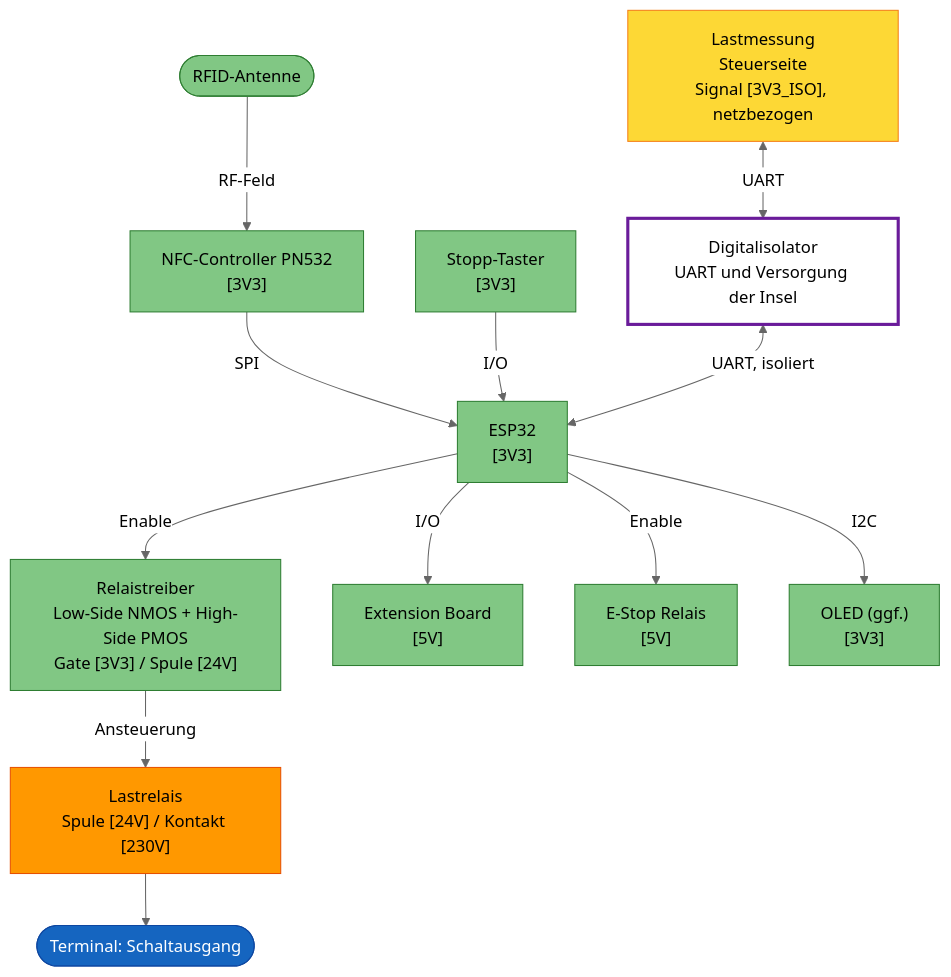
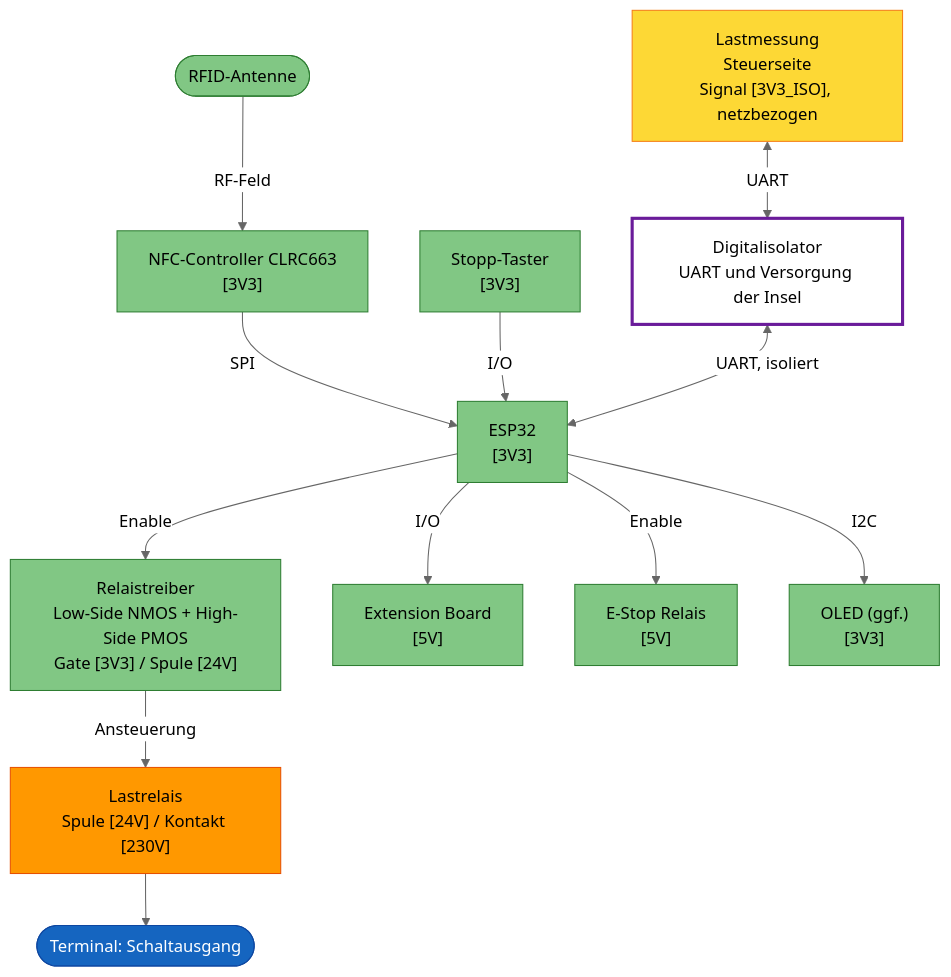
Before and after one commit to FREILab/easyVerwaltungHardware: the third of 3 diagrams in hardware/projects/RFID_BOX/README.md, drawn with Mermaid (neutral theme). The commit also changed other lines of this file and 29 other files, not shown here.

First line of the commit message:
RFID-Board: NFC-Chip auf CLRC66303HNY, Antenne für 80x50 ausgelegt

````diff
--- a/hardware/projects/RFID_BOX/README.md
+++ b/hardware/projects/RFID_BOX/README.md
@@ -385,44 +380,44 @@
 ```mermaid
 flowchart TB
     Antenne([RFID-Antenne])
-    NFC["NFC-Controller PN532<br/>[3V3]"]
+    NFC["NFC-Controller CLRC663<br/>[3V3]"]
     ESP["ESP32<br/>[3V3]"]
     STOP["Stopp-Taster<br/>[3V3]"]
     TREIBER["Relaistreiber<br/>Low-Side NMOS + High-Side PMOS<br/>Gate [3V3] / Spule [24V]"]
     REL["Lastrelais<br/>Spule [24V] / Kontakt [230V]"]
     OUT([Terminal: Schaltausgang])
 
     MESS["Lastmessung<br/>Steuerseite<br/>Signal [3V3_ISO], netzbezogen"]
     OPTO_FB["Digitalisolator<br/>UART und Versorgung der Insel"]
 
     EXT["Extension Board<br/>[5V]"]
     ESTOP["E-Stop Relais<br/>[5V]"]
     OLED["OLED (ggf.)<br/>[3V3]"]
 
     Antenne -->|RF-Feld| NFC
     NFC -->|SPI| ESP
     ESP -->|Enable| TREIBER
     TREIBER -->|Ansteuerung| REL
     REL --> OUT
 
     STOP -->|I/O| ESP
 
     MESS <-->|UART| OPTO_FB
     OPTO_FB <-->|UART, isoliert| ESP
 
     ESP -->|I/O| EXT
     ESP -->|Enable| ESTOP
     ESP -->|I2C| OLED
 
     classDef term230 fill:#1565c0,color:#fff,stroke:#0d47a1
     classDef part230 fill:#ff9800,color:#000,stroke:#e65100
     classDef partSELV fill:#81c784,color:#000,stroke:#2e7d32
     classDef iso fill:#fff,color:#000,stroke:#6a1b9a,stroke-width:3px
     classDef touch230 fill:#fdd835,color:#000,stroke:#f57f17
 
     class OUT term230
     class REL part230
     class Antenne,NFC,ESP,STOP,EXT,ESTOP,OLED,TREIBER partSELV
     class MESS touch230
     class OPTO_FB iso
 ```
````
